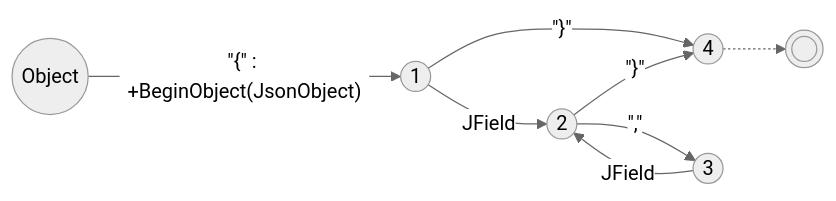
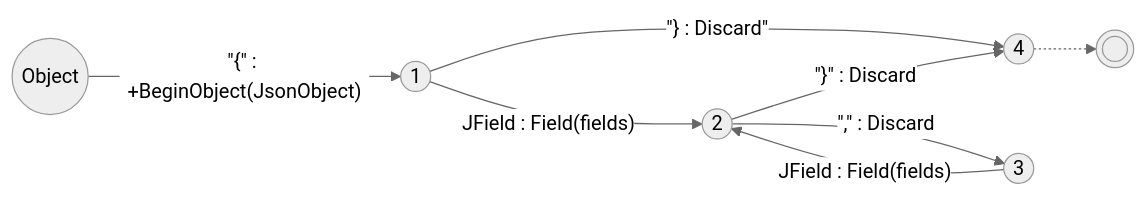
Before and after one commit to vczh-websites/vczh: the third of 3 diagrams in Blog/GLR-Refactoring/Mermaid.md, drawn with Mermaid (neutral theme).

````diff
--- a/Blog/GLR-Refactoring/Mermaid.md
+++ b/Blog/GLR-Refactoring/Mermaid.md
@@ -35,10 +35,10 @@
 ```mermaid
 graph LR
   S((Object))-- #quot;{#quot; : +BeginObject(JsonObject)-->1
-  1((1))-- #quot;}#quot; -->4
-  1-- JField -->2
-  2((2))-- #quot;}#quot; -->4
-  2-- #quot;,#quot; -->3
-  3((3))-- JField -->2
+  1((1))-- #quot;} : Discard#quot; -->4
+  1-- JField : Field(fields) -->2
+  2((2))-- #quot;}#quot; : Discard -->4
+  2-- #quot;,#quot; : Discard -->3
+  3((3))-- JField : Field(fields) -->2
   4((4))-.->E((( )))
 ```
````
